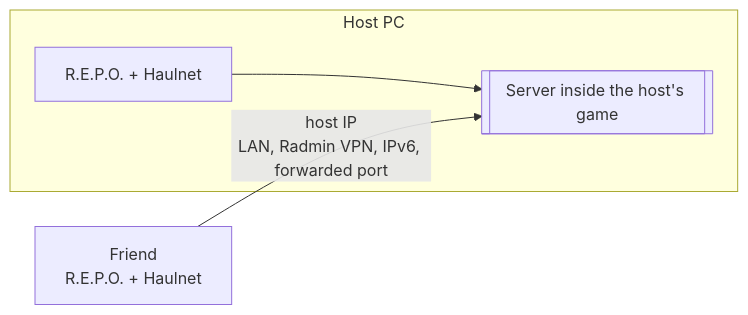
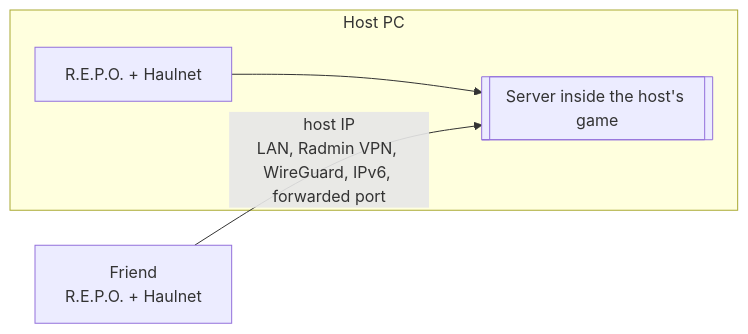
The diagram in README.md (haulnet/haulnet-repo), drawn with Mermaid before and after one commit. The commit also changed other lines of this file and 2 other files, not shown here.

Commit message:
docs: name WireGuard next to Radmin VPN for reaching the host's PC (#23)

````diff
--- a/README.md
+++ b/README.md
@@ -103,9 +104,9 @@
 ```mermaid
 flowchart LR
     subgraph host[Host PC]
         GA[R.E.P.O. + Haulnet]
         S[[Server inside the host's game]]
         GA --> S
     end
-    GB[Friend<br/>R.E.P.O. + Haulnet] -- "host IP<br/>LAN, Radmin VPN, IPv6, forwarded port" --> S
+    GB[Friend<br/>R.E.P.O. + Haulnet] -- "host IP<br/>LAN, Radmin VPN, WireGuard, IPv6, forwarded port" --> S
 ```
````
